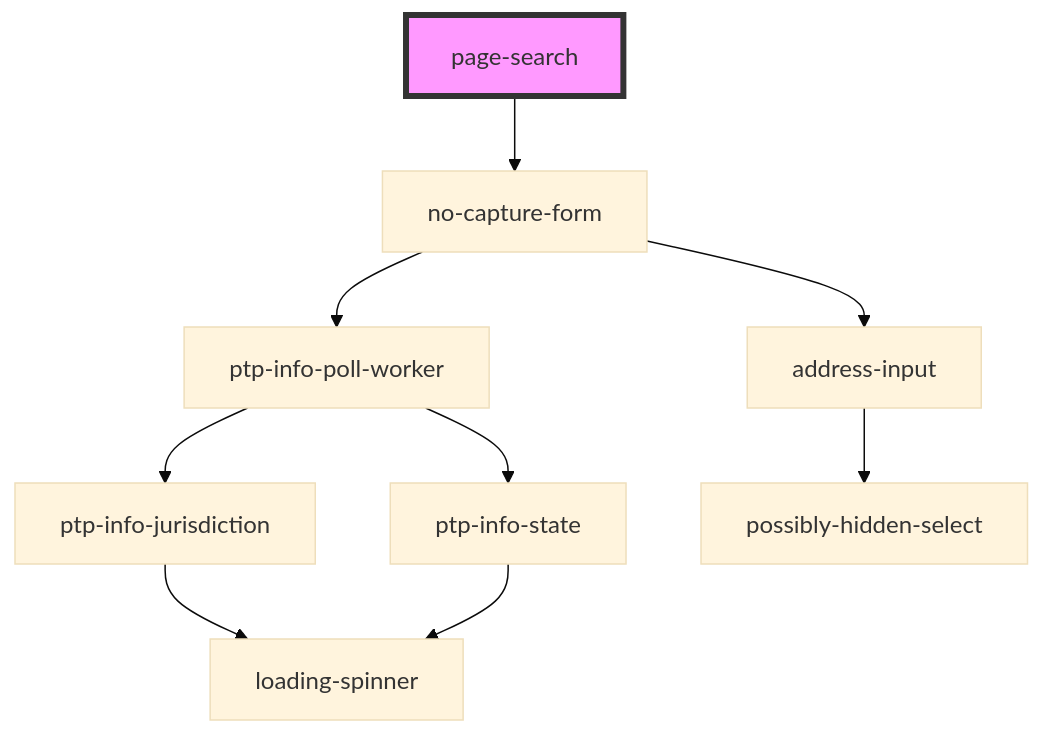
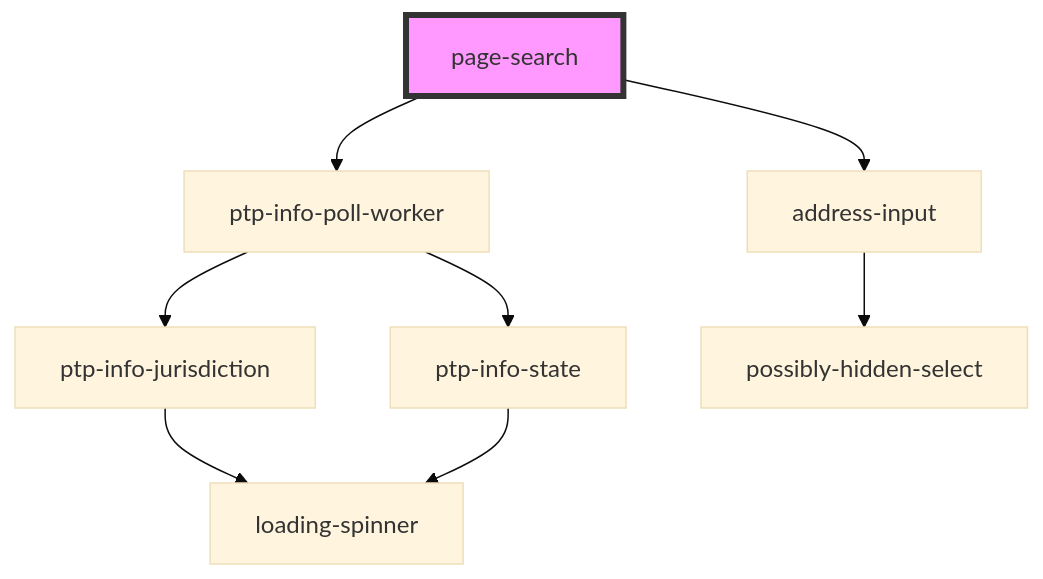
The diagram in site/src/components/page-search/readme.md (pizza-to-the-polls/power-the-polls), drawn with Mermaid (base theme) before and after one commit. The commit also changed other lines of this file and 7 other files, not shown here.

Commit message:
merge no-capture-form into page-search and have it redirect to page-redirector instead of rendering

````diff
--- a/site/src/components/page-search/readme.md
+++ b/site/src/components/page-search/readme.md
@@ -15,12 +16,11 @@
 ```mermaid
 graph TD;
-  page-search --> no-capture-form
-  no-capture-form --> ptp-info-poll-worker
-  no-capture-form --> address-input
+  page-search --> ptp-info-poll-worker
+  page-search --> address-input
   ptp-info-poll-worker --> ptp-info-jurisdiction
   ptp-info-poll-worker --> ptp-info-state
   ptp-info-jurisdiction --> loading-spinner
   ptp-info-state --> loading-spinner
   address-input --> possibly-hidden-select
   style page-search fill:#f9f,stroke:#333,stroke-width:4px
 ```
````
